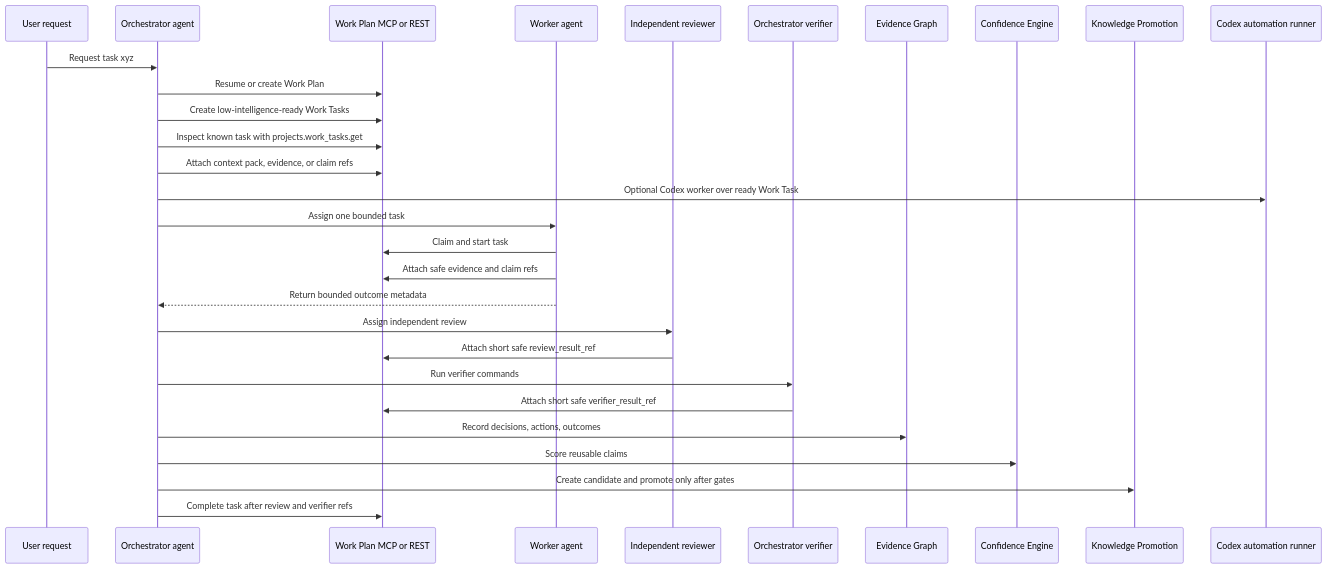
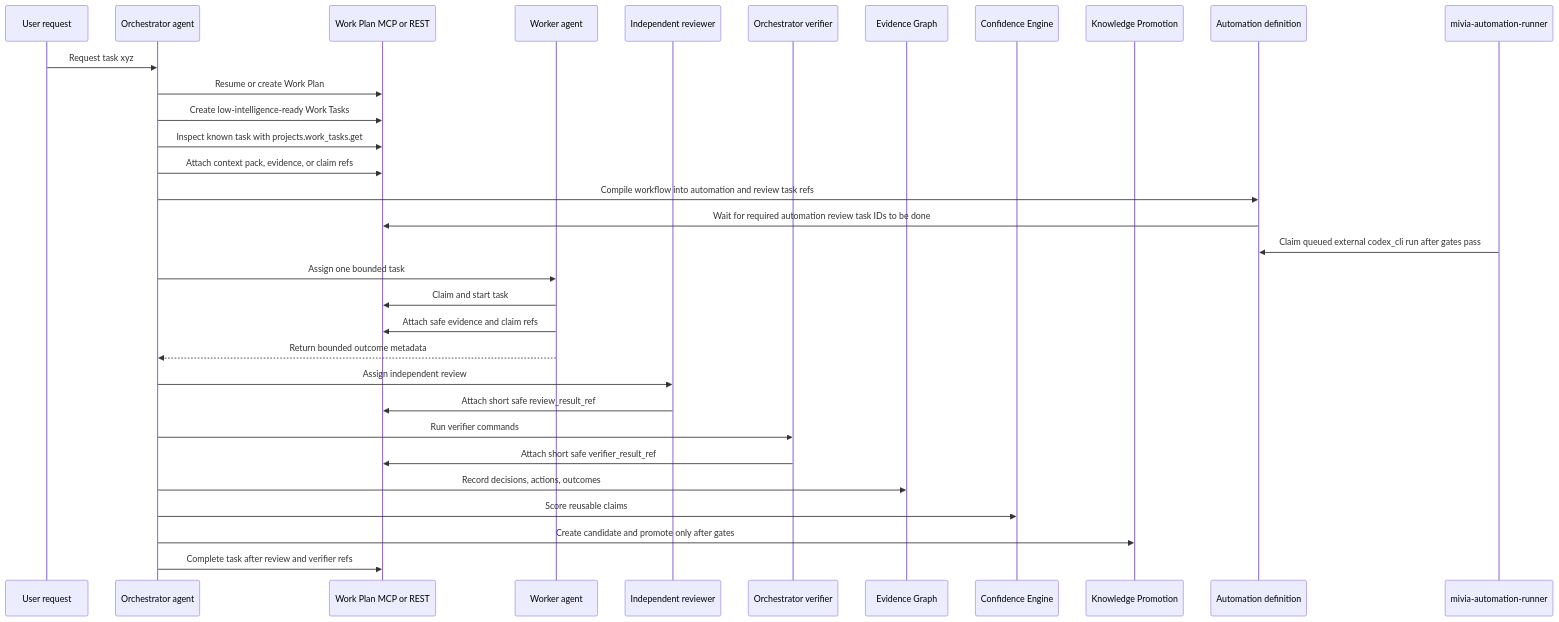
One commit to MiviaLabs/go-mivia changed the eighth of 9 diagrams in docs/architecture/system-architecture.md. Above: the diagram before and after it, drawn with Mermaid. The commit also changed other lines of this file and 8 other files, not shown here.

````diff
--- a/docs/architecture/system-architecture.md
+++ b/docs/architecture/system-architecture.md
@@ -373,32 +373,35 @@
 ```mermaid
 sequenceDiagram
   participant User as User request
   participant Orchestrator as Orchestrator agent
   participant MCP as Work Plan MCP or REST
   participant Worker as Worker agent
   participant Reviewer as Independent reviewer
   participant Verifier as Orchestrator verifier
   participant Evidence as Evidence Graph
   participant Confidence as Confidence Engine
   participant Knowledge as Knowledge Promotion
-  participant Automation as Codex automation runner
+  participant Automation as Automation definition
+  participant Runner as mivia-automation-runner
 
   User->>Orchestrator: Request task xyz
   Orchestrator->>MCP: Resume or create Work Plan
   Orchestrator->>MCP: Create low-intelligence-ready Work Tasks
   Orchestrator->>MCP: Inspect known task with projects.work_tasks.get
   Orchestrator->>MCP: Attach context pack, evidence, or claim refs
-  Orchestrator->>Automation: Optional Codex worker over ready Work Task
+  Orchestrator->>Automation: Compile workflow into automation and review task refs
+  Automation->>MCP: Wait for required automation review task IDs to be done
+  Runner->>Automation: Claim queued external codex_cli run after gates pass
   Orchestrator->>Worker: Assign one bounded task
   Worker->>MCP: Claim and start task
   Worker->>MCP: Attach safe evidence and claim refs
   Worker-->>Orchestrator: Return bounded outcome metadata
   Orchestrator->>Reviewer: Assign independent review
   Reviewer->>MCP: Attach short safe review_result_ref
   Orchestrator->>Verifier: Run verifier commands
   Verifier->>MCP: Attach short safe verifier_result_ref
   Orchestrator->>Evidence: Record decisions, actions, outcomes
   Orchestrator->>Confidence: Score reusable claims
   Orchestrator->>Knowledge: Create candidate and promote only after gates
   Orchestrator->>MCP: Complete task after review and verifier refs
 ```
````
